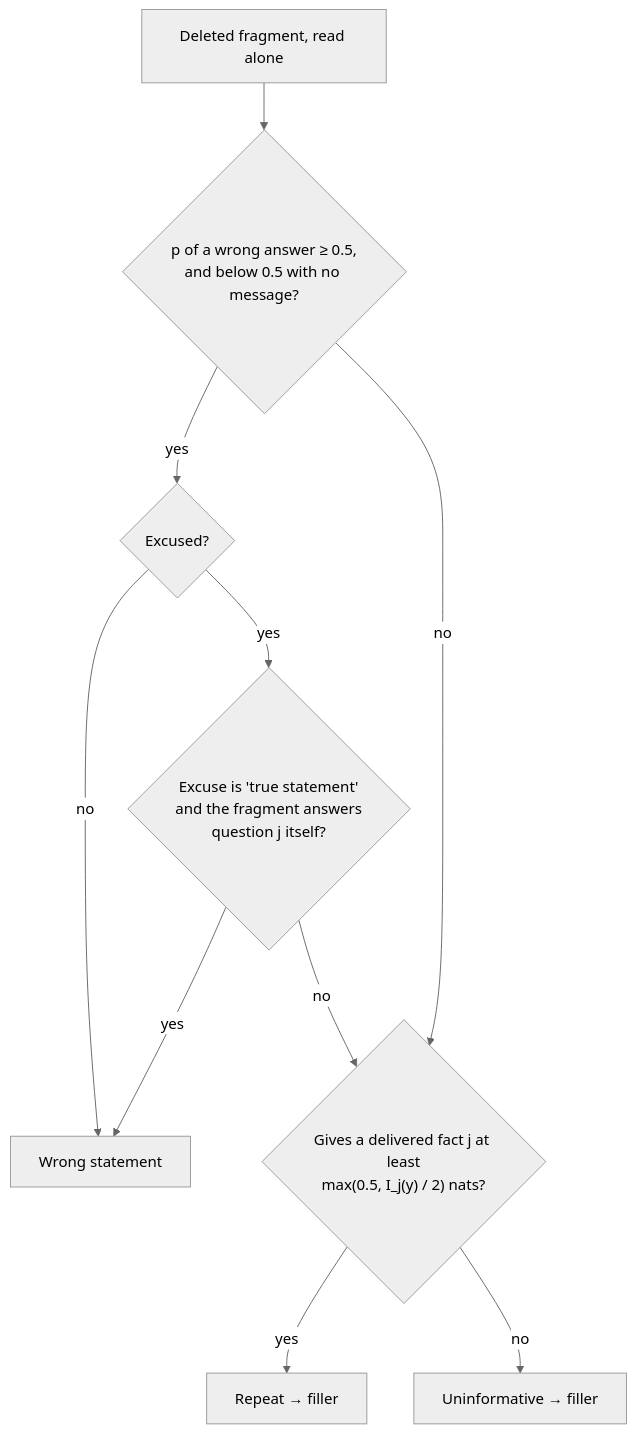
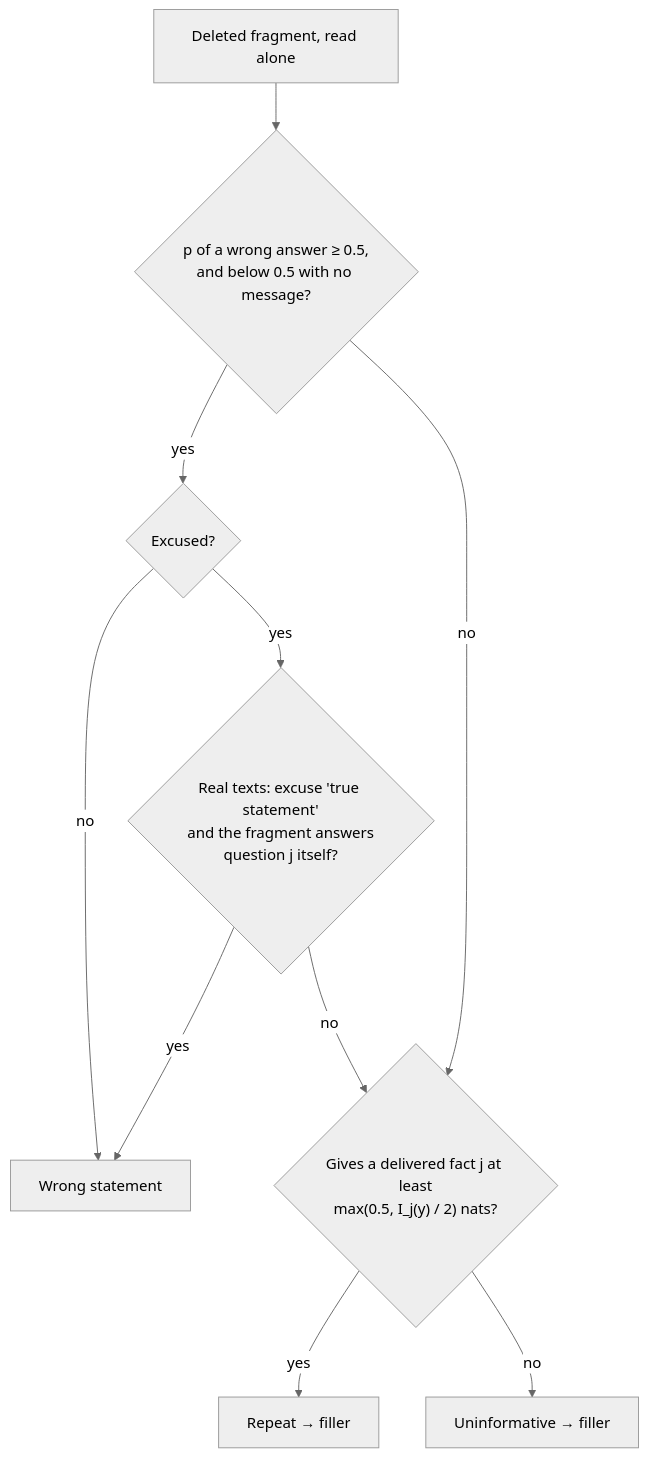
One commit to DanielVyazhev/llm-water-map changed the fifth of 8 diagrams in docs/method.md. Above: the diagram before and after it, drawn with Mermaid (neutral theme). The commit also changed other lines of this file and 29 other files, not shown here.

````diff
--- a/docs/method.md
+++ b/docs/method.md
@@ -152,12 +152,12 @@
 ```mermaid
 flowchart TD
     X["Deleted fragment, read alone"] --> W{"p of a wrong answer ≥ 0.5,<br>and below 0.5 with no message?"}
     W -->|yes| E{"Excused?"}
     E -->|no| M["Wrong statement"]
-    E -->|yes| T{"Excuse is 'true statement'<br>and the fragment answers<br>question j itself?"}
+    E -->|yes| T{"Real texts: excuse 'true statement'<br>and the fragment answers<br>question j itself?"}
     T -->|yes| M
     T -->|no| D
     W -->|no| D{"Gives a delivered fact j at least<br>max(0.5, I_j(y) / 2) nats?"}
     D -->|yes| R["Repeat → filler"]
     D -->|no| U["Uninformative → filler"]
 ```
````
